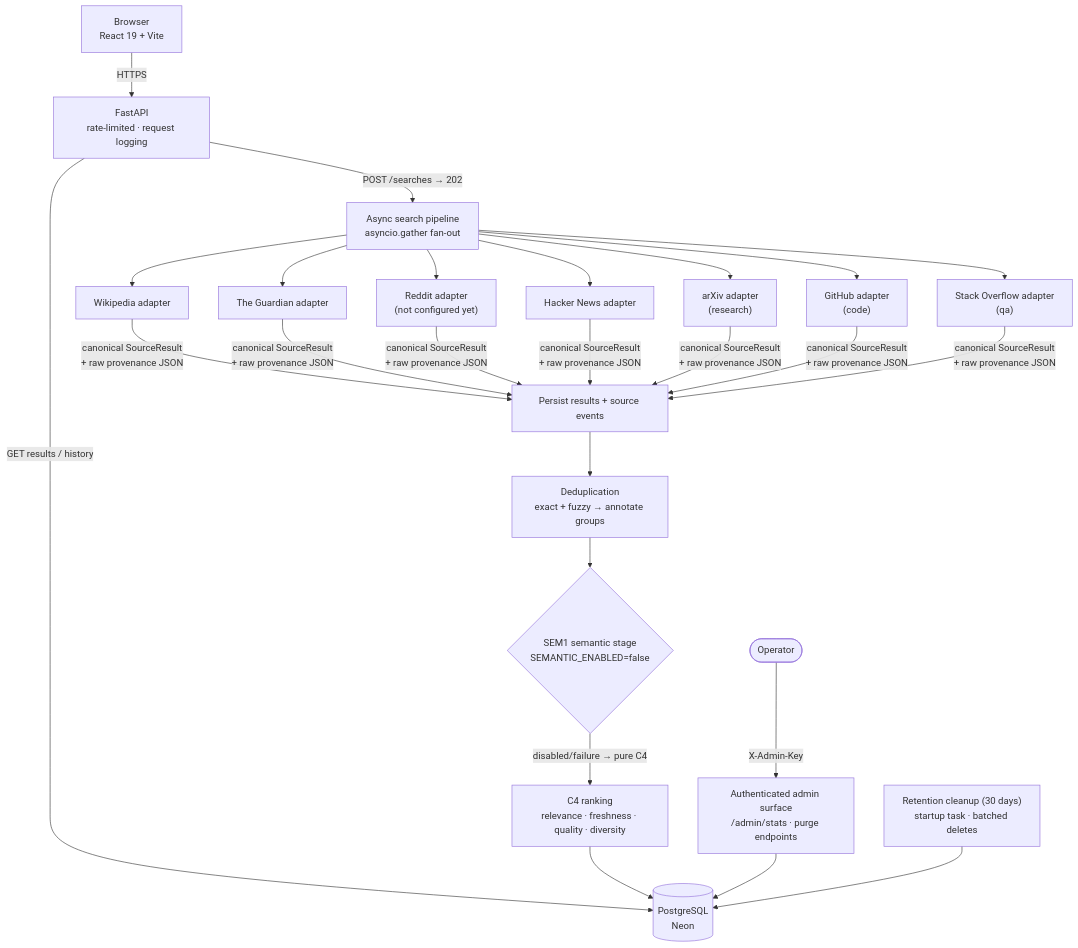
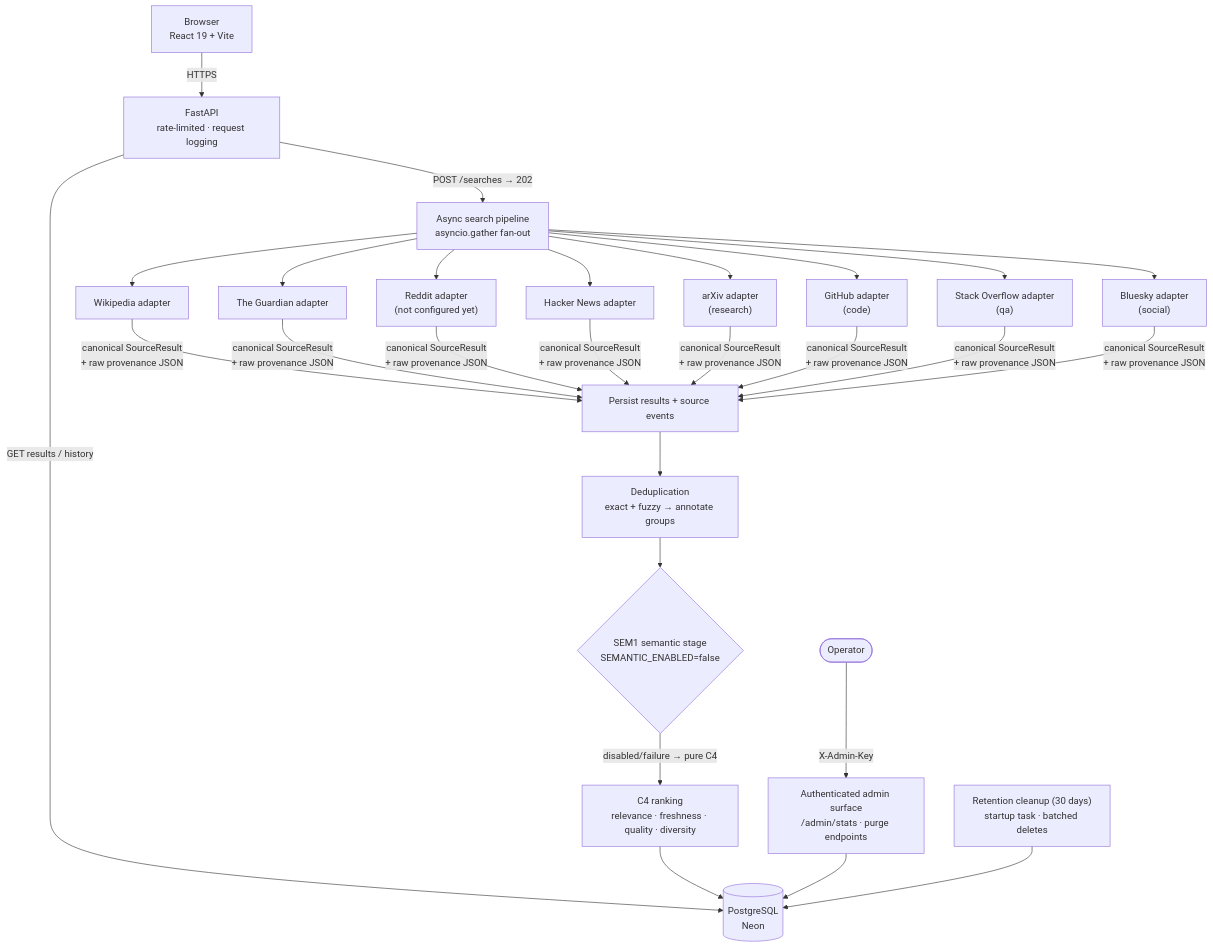
The diagram in README.md (sktharunbalaji13-cmd/signalpulse), drawn with Mermaid before and after one commit. The commit also changed other lines of this file and 16 other files, not shown here.

Commit message:
feat(M22.4): add Bluesky social source, activating the dormant social type

````diff
--- a/README.md
+++ b/README.md
@@ -40,27 +40,28 @@
 ```mermaid
 flowchart TB
     B["Browser<br/>React 19 + Vite"] -->|"HTTPS"| API["FastAPI<br/>rate-limited · request logging"]
 
     API -->|"POST /searches → 202"| PIPE["Async search pipeline<br/>asyncio.gather fan-out"]
     API -->|"GET results / history"| DB[("PostgreSQL<br/>Neon")]
 
     PIPE --> W["Wikipedia adapter"]
     PIPE --> G["The Guardian adapter"]
     PIPE --> R["Reddit adapter<br/>(not configured yet)"]
     PIPE --> HN["Hacker News adapter"]
     PIPE --> AX["arXiv adapter<br/>(research)"]
     PIPE --> GH["GitHub adapter<br/>(code)"]
     PIPE --> SO["Stack Overflow adapter<br/>(qa)"]
+    PIPE --> BS["Bluesky adapter<br/>(social)"]
 
-    W & G & R & HN & AX & GH & SO -->|"canonical SourceResult<br/>+ raw provenance JSON"| PERSIST["Persist results + source events"]
+    W & G & R & HN & AX & GH & SO & BS -->|"canonical SourceResult<br/>+ raw provenance JSON"| PERSIST["Persist results + source events"]
 
     PERSIST --> DEDUP["Deduplication<br/>exact + fuzzy → annotate groups"]
     DEDUP --> SEM{"SEM1 semantic stage<br/>SEMANTIC_ENABLED=false"}
     SEM -->|"disabled/failure → pure C4"| RANK["C4 ranking<br/>relevance · freshness · quality · diversity"]
     RANK --> DB
 
     ADMIN(["Operator"]) -->|"X-Admin-Key"| SEC["Authenticated admin surface<br/>/admin/stats · purge endpoints"]
     SEC --> DB
 
     CLEANUP["Retention cleanup (30 days)<br/>startup task · batched deletes"] --> DB
 ```
````
